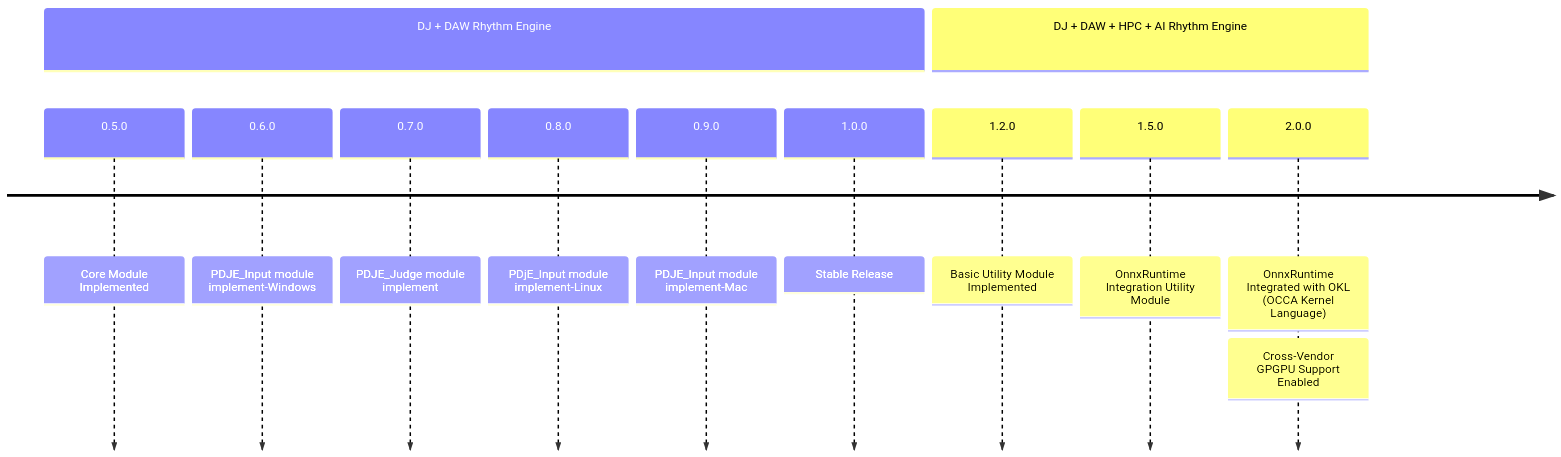
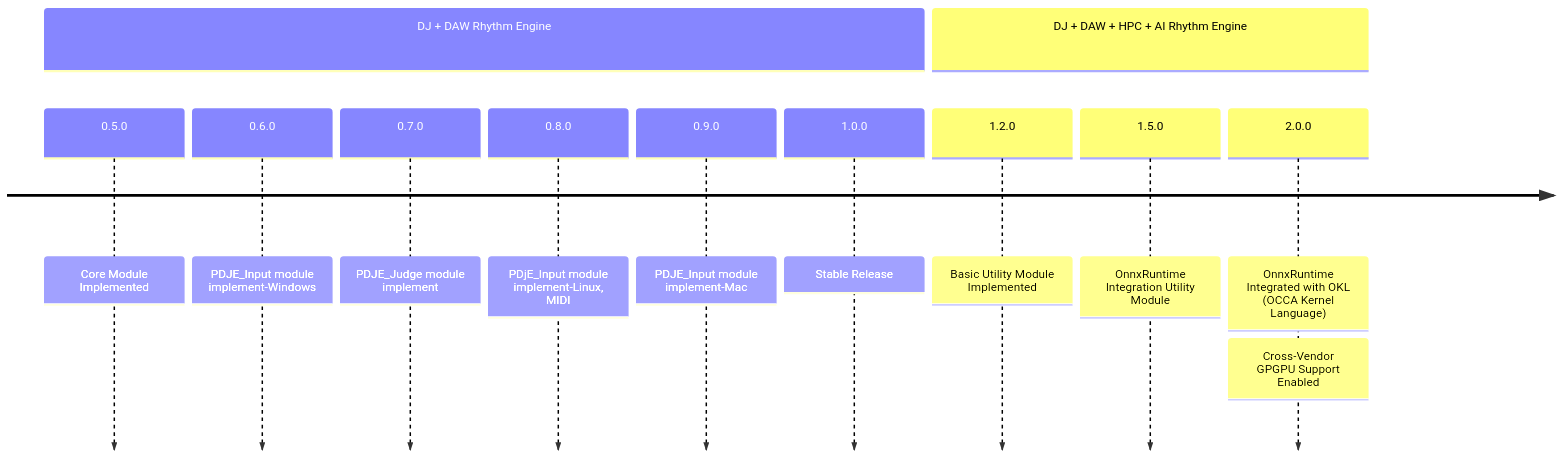
One commit to Rliop913/Project-DJ-Engine changed the first of 2 diagrams in document_sources/index.rst. Above: the diagram before and after it, drawn with Mermaid. The commit also changed 1190 other files, not shown here.

```diff
--- a/document_sources/index.rst
+++ b/document_sources/index.rst
@@ -106,16 +106,16 @@
 .. mermaid::
   :config: {"theme":"forest","themeVariables":{"fontSize":"25px"}}
 
   timeline
     section DJ + DAW Rhythm Engine
       0.5.0 : Core Module Implemented
       0.6.0 : PDJE_Input module implement-Windows
       0.7.0 : PDJE_Judge module implement
-      0.8.0 : PDjE_Input module implement-Linux
+      0.8.0 : PDjE_Input module implement-Linux, MIDI
       0.9.0 : PDJE_Input module implement-Mac
       1.0.0 : Stable Release
     section DJ + DAW + HPC + AI Rhythm Engine
       1.2.0 : Basic Utility Module Implemented
       1.5.0 : OnnxRuntime Integration Utility Module
       2.0.0 : OnnxRuntime Integrated with OKL (OCCA Kernel Language)
             : Cross-Vendor GPGPU Support Enabled
```
